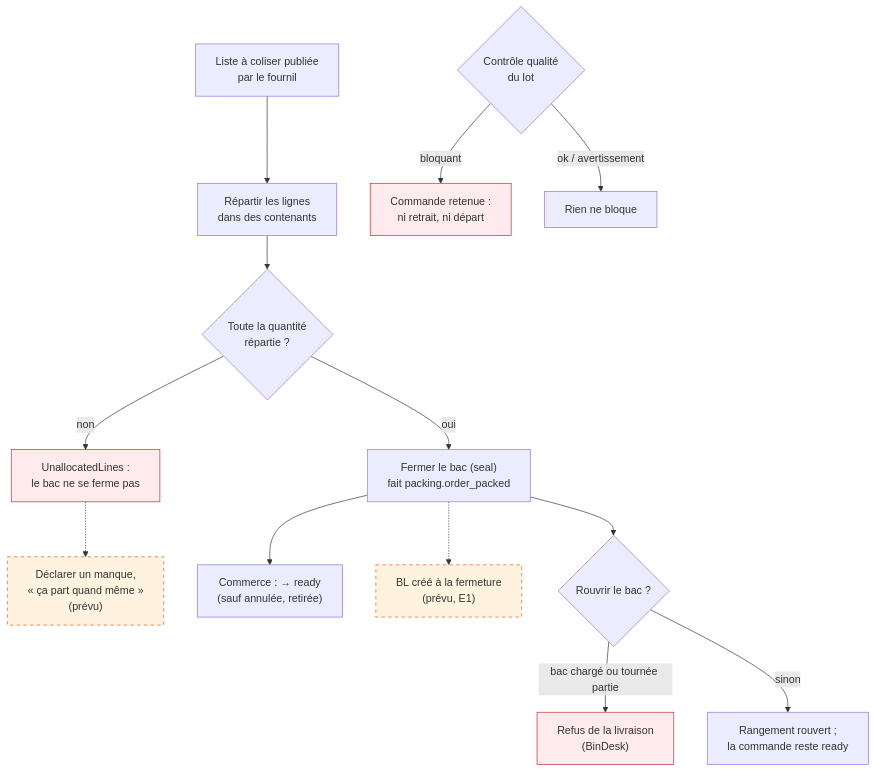
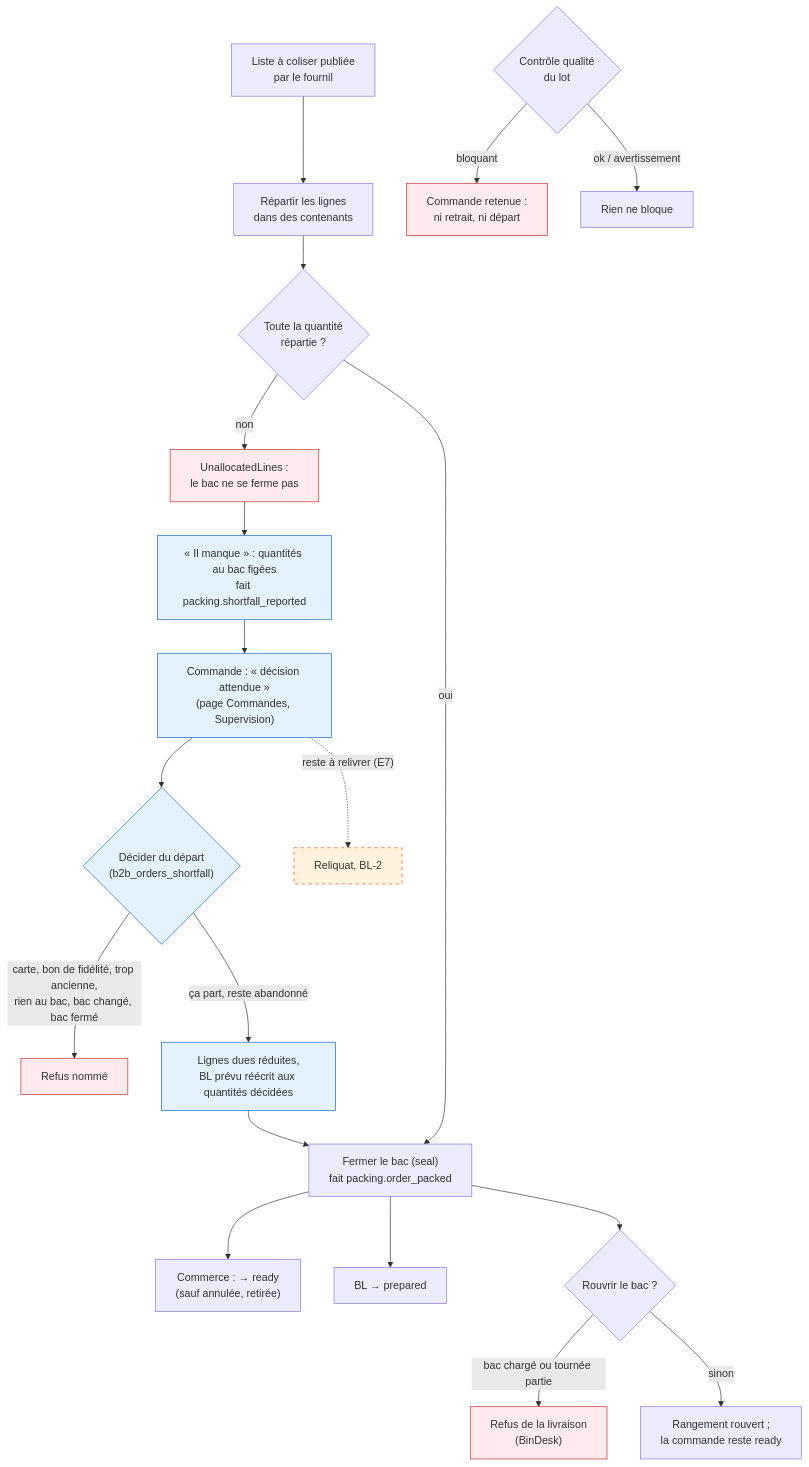
The fourth of 11 diagrams in documentation/commandes/parcours-complet.md (hugoheynard/lfd), drawn with Mermaid before and after one commit. The commit also changed other lines of this file and 113 other files, not shown here.

First line of the commit message:
docs(commandes): le bon de livraison devient une doc d'état, le parcours a trois états

````diff
--- a/documentation/commandes/parcours-complet.md
+++ b/documentation/commandes/parcours-complet.md
@@ -141,17 +163,24 @@
 ```mermaid
 flowchart TD
     L["Liste à coliser publiée<br/>par le fournil"] --> AL["Répartir les lignes<br/>dans des contenants"]
     AL --> Q{"Toute la quantité<br/>répartie ?"}
     Q -->|"non"| E1["UnallocatedLines :<br/>le bac ne se ferme pas"]:::sad
-    E1 -.-> INC["Déclarer un manque,<br/>« ça part quand même »<br/>(prévu)"]:::prevu
+    E1 --> INC["« Il manque » : quantités au bac figées<br/>fait packing.shortfall_reported"]:::bati
+    INC --> WAIT["Commande : « décision attendue »<br/>(page Commandes, Supervision)"]:::bati
+    WAIT --> DEC{"Décider du départ<br/>(b2b_orders_shortfall)"}:::bati
+    DEC -->|"carte, bon de fidélité, trop ancienne,<br/>rien au bac, bac changé, bac fermé"| E3["Refus nommé"]:::sad
+    DEC -->|"ça part, reste abandonné"| AUT["Lignes dues réduites,<br/>BL prévu réécrit aux quantités décidées"]:::bati
+    AUT --> SEAL
+    WAIT -.->|"reste à relivrer (E7)"| RLQ["Reliquat, BL-2"]:::prevu
     Q -->|"oui"| SEAL["Fermer le bac (seal)<br/>fait packing.order_packed"]
     SEAL --> RD["Commerce : → ready<br/>(sauf annulée, retirée)"]
-    SEAL -.-> BL["BL créé à la fermeture<br/>(prévu, E1)"]:::prevu
+    SEAL --> BL["BL → prepared"]
     SEAL --> RO{"Rouvrir le bac ?"}
     RO -->|"bac chargé ou tournée partie"| E2["Refus de la livraison<br/>(BinDesk)"]:::sad
     RO -->|"sinon"| OPEN["Rangement rouvert ;<br/>la commande reste ready"]
     QC{"Contrôle qualité<br/>du lot"} -->|"bloquant"| HOLD["Commande retenue :<br/>ni retrait, ni départ"]:::sad
     QC -->|"ok / avertissement"| FREE["Rien ne bloque"]
+    classDef bati fill:#e3f2fd,stroke:#1565c0
     classDef prevu fill:#fff3e0,stroke:#e65100,stroke-dasharray: 5 5
     classDef sad fill:#ffebee,stroke:#c62828
 ```
````
